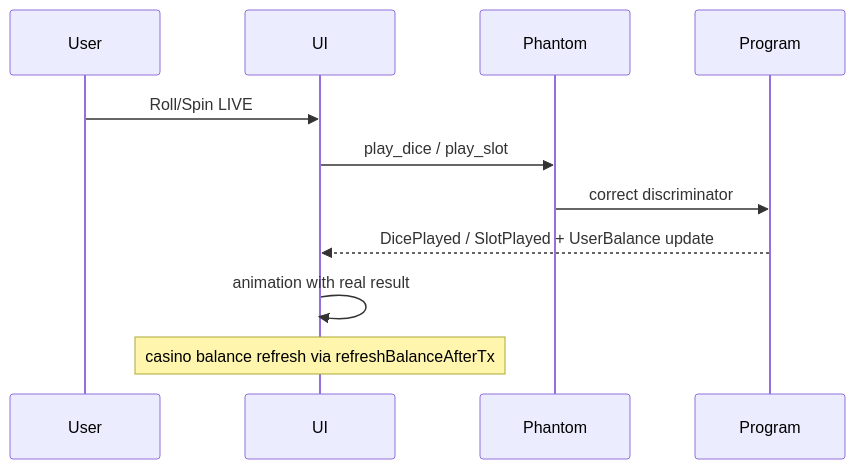
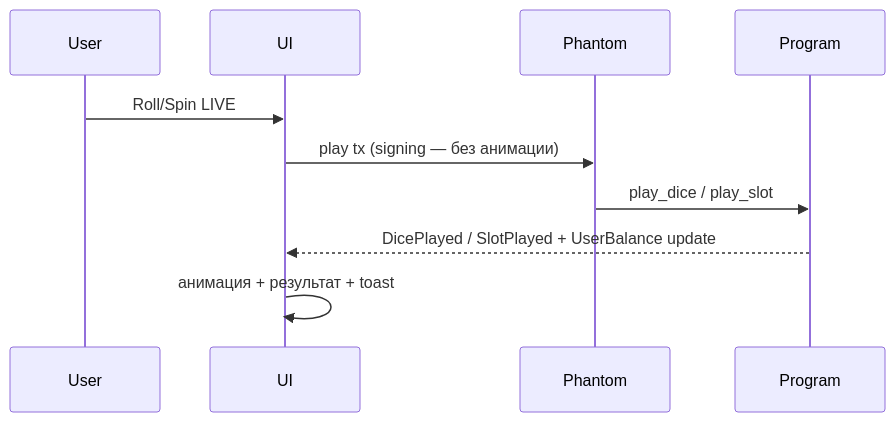
The diagram in iterations/16-live-play-idl-fix.md (Heytany/-Vibe-Code-Challenge-Build-a-Crypto-Casino-in-a-Weekend), drawn with Mermaid before and after one commit. The commit also changed other lines of this file and 9 other files, not shown here.

````diff
--- a/iterations/16-live-play-idl-fix.md
+++ b/iterations/16-live-play-idl-fix.md
@@ -38,14 +39,13 @@
 ```mermaid
 sequenceDiagram
   participant User
   participant UI
   participant Phantom
   participant Program
 
   User->>UI: Roll/Spin LIVE
-  UI->>Phantom: play_dice / play_slot
-  Phantom->>Program: correct discriminator
+  UI->>Phantom: play tx (signing — без анимации)
+  Phantom->>Program: play_dice / play_slot
   Program-->>UI: DicePlayed / SlotPlayed + UserBalance update
-  UI->>UI: animation with real result
-  Note over UI: casino balance refresh via refreshBalanceAfterTx
+  UI->>UI: анимация + результат + toast
 ```
````
